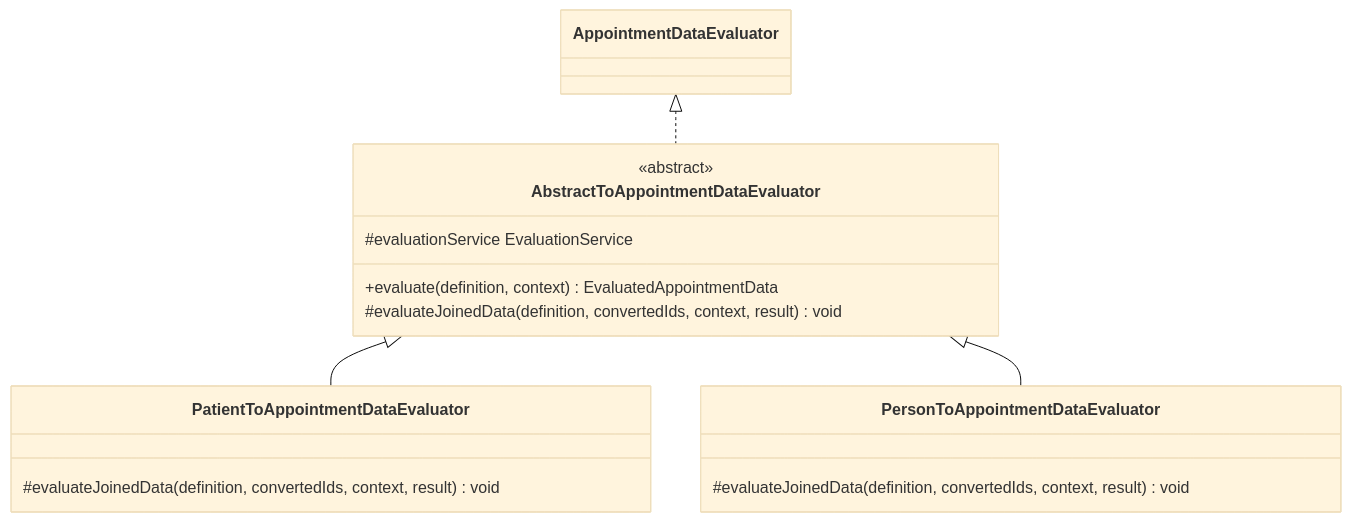
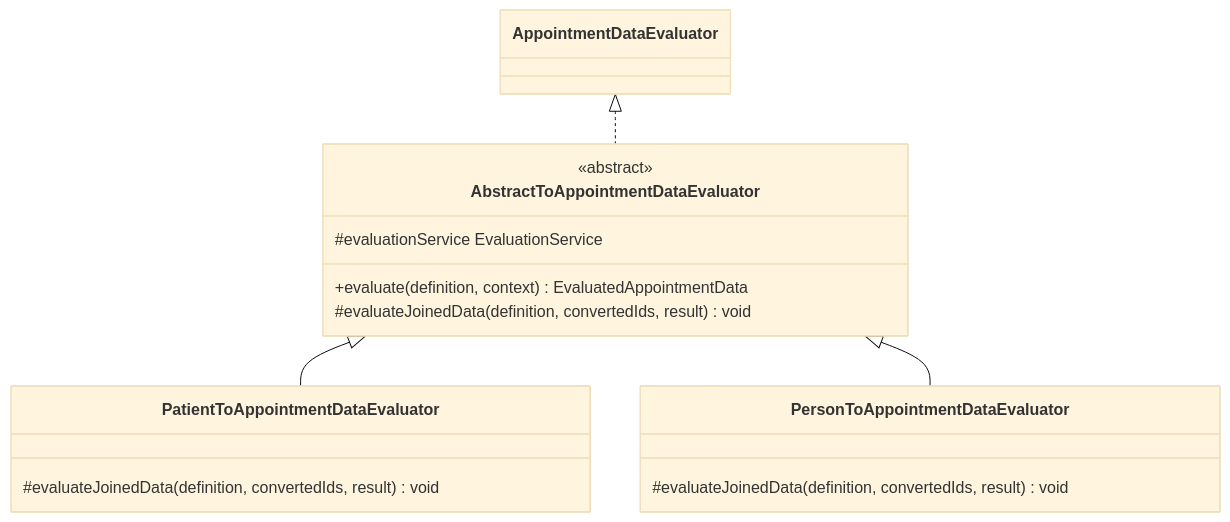
The diagram in content/500 Project/520 bewijslast/maintainability/abstract-base-class-evaluators.md (Avans-2-4/Documentatie-Avans-2-4), drawn with Mermaid (base theme) before and after one commit. The commit also changed other lines of this file, not shown here.

Commit message:
extract AbstractToAppointmentDataEvaluator to eliminate duplicated HQL and confidentiality logic

````diff
--- a/content/500 Project/520 bewijslast/maintainability/abstract-base-class-evaluators.md
+++ b/content/500 Project/520 bewijslast/maintainability/abstract-base-class-evaluators.md
@@ -150,21 +149,21 @@
 ```mermaid
 classDiagram
     class AbstractToAppointmentDataEvaluator {
         <<abstract>>
         #evaluationService EvaluationService
         +evaluate(definition, context) EvaluatedAppointmentData
-        #evaluateJoinedData(definition, convertedIds, context, result) void
+        #evaluateJoinedData(definition, convertedIds, result) void
     }
 
     class PatientToAppointmentDataEvaluator {
-        #evaluateJoinedData(definition, convertedIds, context, result) void
+        #evaluateJoinedData(definition, convertedIds, result) void
     }
 
     class PersonToAppointmentDataEvaluator {
-        #evaluateJoinedData(definition, convertedIds, context, result) void
+        #evaluateJoinedData(definition, convertedIds, result) void
     }
 
     AppointmentDataEvaluator <|.. AbstractToAppointmentDataEvaluator
     AbstractToAppointmentDataEvaluator <|-- PatientToAppointmentDataEvaluator
     AbstractToAppointmentDataEvaluator <|-- PersonToAppointmentDataEvaluator
 ```
````
